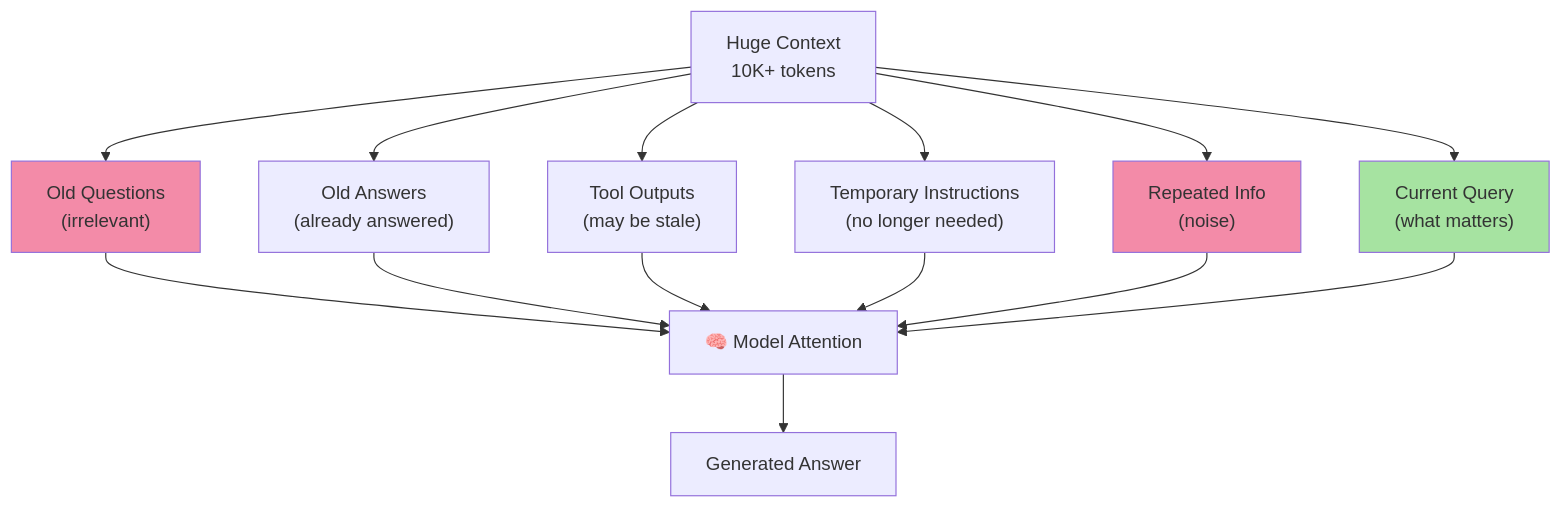
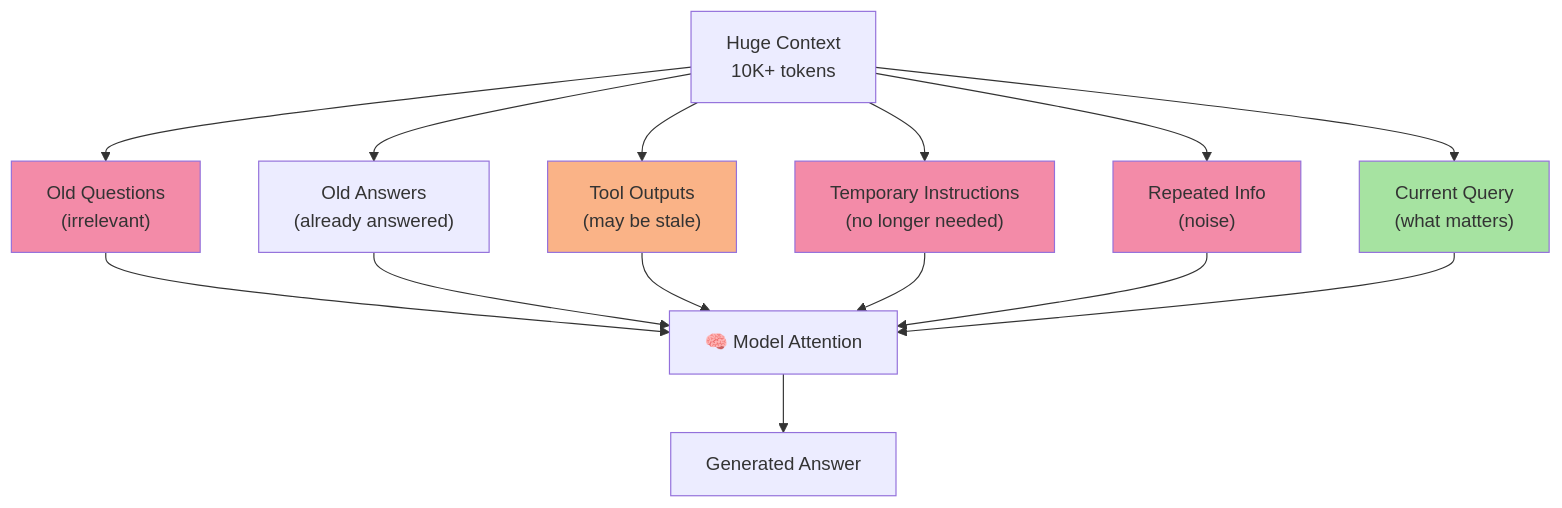
The sixth of 9 diagrams in Lecture 19 - Agent Memory Systems/notes/01_Stateless_LLM_APIs_and_Context_Window_Limitations.md (Amie-dev/FDE-and-GenAI-Mastery), drawn with Mermaid before and after one commit. The commit also changed other lines of this file and 9 other files, not shown here.

````diff
--- a/Lecture 19 - Agent Memory Systems/notes/01_Stateless_LLM_APIs_and_Context_Window_Limitations.md
+++ b/Lecture 19 - Agent Memory Systems/notes/01_Stateless_LLM_APIs_and_Context_Window_Limitations.md
@@ -130,22 +202,24 @@
 ```mermaid
 flowchart TD
     Context[Huge Context<br/>10K+ tokens] --> Old["Old Questions<br/>(irrelevant)"]
     Context --> Ans["Old Answers<br/>(already answered)"]
     Context --> Tools["Tool Outputs<br/>(may be stale)"]
     Context --> Temp["Temporary Instructions<br/>(no longer needed)"]
     Context --> Rep["Repeated Info<br/>(noise)"]
     Context --> Curr["Current Query<br/>(what matters)"]
 
     Old --> Attn[🧠 Model Attention]
     Ans --> Attn
     Tools --> Attn
     Temp --> Attn
     Rep --> Attn
     Curr --> Attn
 
     Attn --> Out[Generated Answer]
 
     style Curr fill:#a6e3a1
     style Old fill:#f38ba8
     style Rep fill:#f38ba8
+    style Temp fill:#f38ba8
+    style Tools fill:#fab387
 ```
````
